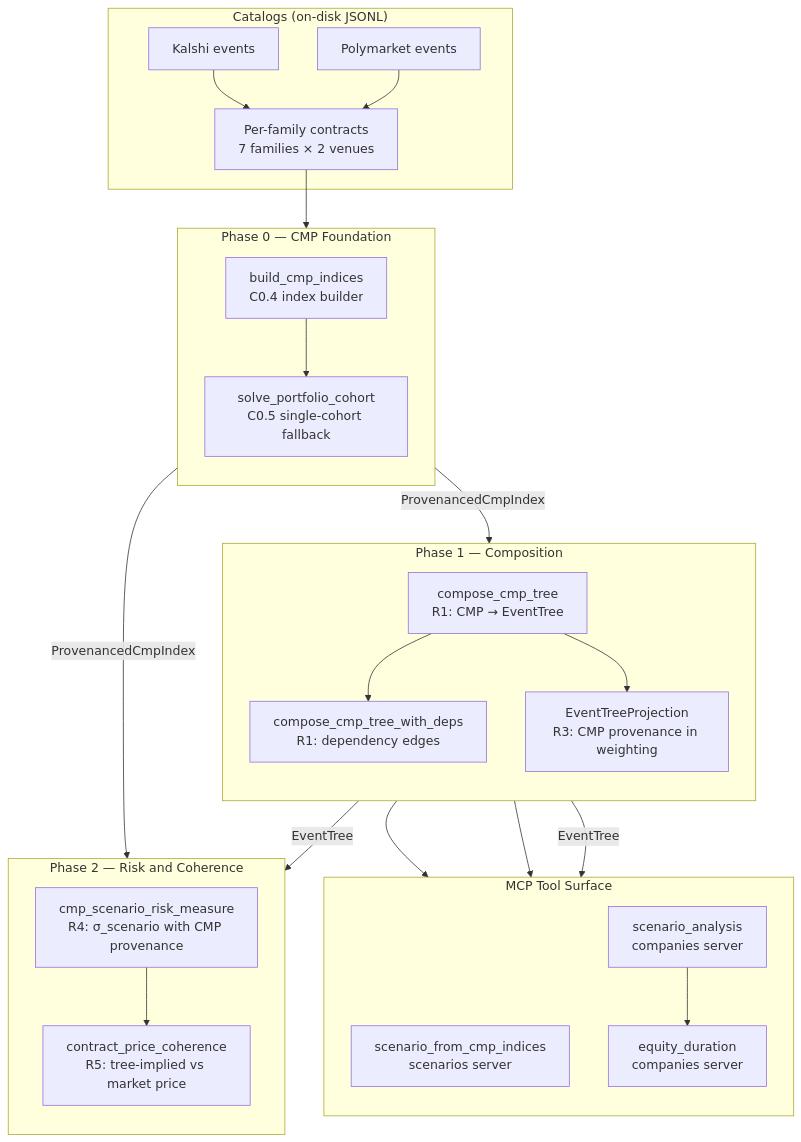
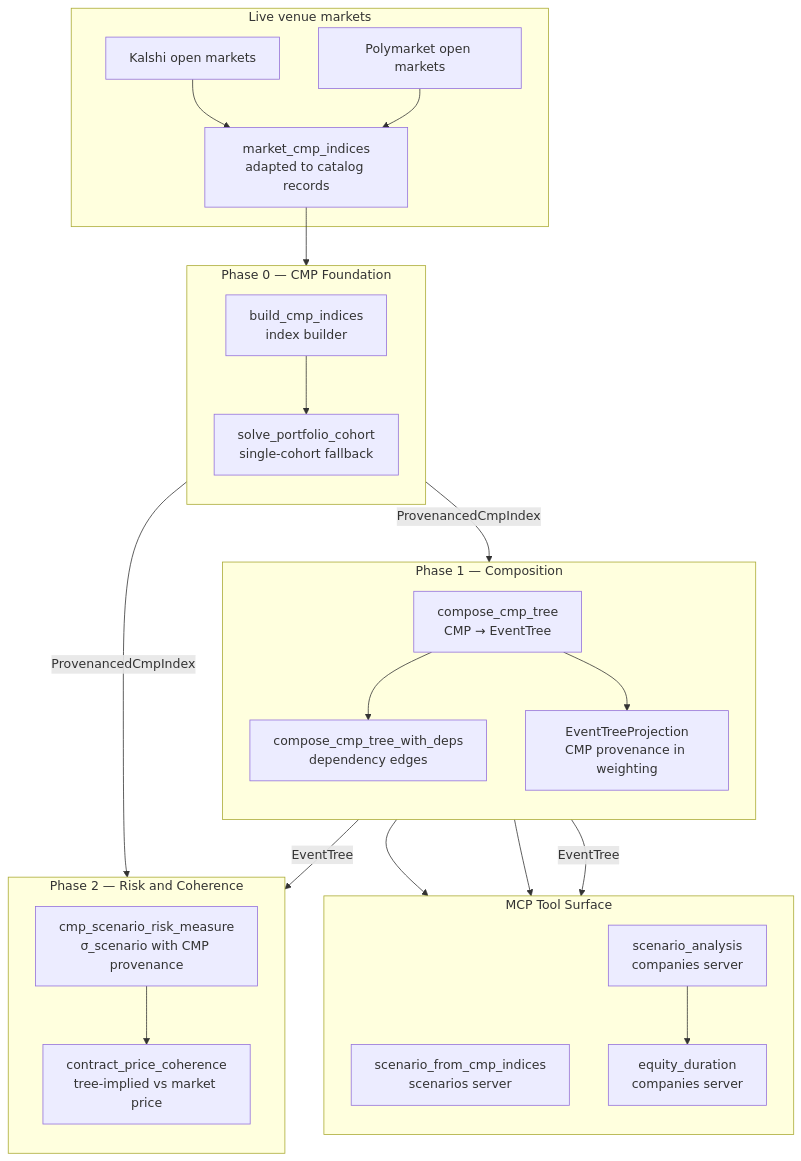
One commit to mdz-axo/zed-kask changed the first of 13 diagrams in kask/docs/diagrams/architecture.md. Above: the diagram before and after it, drawn with Mermaid. The commit also changed other lines of this file and 21 other files, not shown here.

First line of the commit message:
Remove prediction-market catalog binaries and their orphans

````diff
--- a/kask/docs/diagrams/architecture.md
+++ b/kask/docs/diagrams/architecture.md
@@ -37,49 +37,49 @@
 ```mermaid
 graph TD
-    subgraph catalogs["Catalogs (on-disk JSONL)"]
-        kalshi["Kalshi events"]
-        gamma["Polymarket events"]
-        contracts["Per-family contracts<br/>7 families × 2 venues"]
+    subgraph venues["Live venue markets"]
+        kalshi["Kalshi open markets"]
+        gamma["Polymarket open markets"]
+        contracts["market_cmp_indices<br/>adapted to catalog records"]
     end
 
     subgraph phase0["Phase 0 — CMP Foundation"]
         direction TB
-        build["build_cmp_indices<br/>C0.4 index builder"]
-        cohort["solve_portfolio_cohort<br/>C0.5 single-cohort fallback"]
+        build["build_cmp_indices<br/>index builder"]
+        cohort["solve_portfolio_cohort<br/>single-cohort fallback"]
         build --> cohort
     end
 
     subgraph phase1["Phase 1 — Composition"]
         direction TB
-        compose["compose_cmp_tree<br/>R1: CMP → EventTree"]
-        deps["compose_cmp_tree_with_deps<br/>R1: dependency edges"]
-        tree_weight["EventTreeProjection<br/>R3: CMP provenance in weighting"]
+        compose["compose_cmp_tree<br/>CMP → EventTree"]
+        deps["compose_cmp_tree_with_deps<br/>dependency edges"]
+        tree_weight["EventTreeProjection<br/>CMP provenance in weighting"]
         compose --> deps
         compose --> tree_weight
     end
 
     subgraph phase2["Phase 2 — Risk and Coherence"]
         direction TB
-        risk["cmp_scenario_risk_measure<br/>R4: σ_scenario with CMP provenance"]
-        coherence["contract_price_coherence<br/>R5: tree-implied vs market price"]
+        risk["cmp_scenario_risk_measure<br/>σ_scenario with CMP provenance"]
+        coherence["contract_price_coherence<br/>tree-implied vs market price"]
         risk --> coherence
     end
 
     subgraph mcp_tools["MCP Tool Surface"]
         direction TB
         tool_cmp["scenario_from_cmp_indices<br/>scenarios server"]
         tool_analysis["scenario_analysis<br/>companies server"]
         tool_duration["equity_duration<br/>companies server"]
     end
 
     kalshi --> contracts
     gamma --> contracts
     contracts --> build
     phase0 -->|"ProvenancedCmpIndex"| phase1
     phase0 -->|"ProvenancedCmpIndex"| phase2
     phase1 -->|"EventTree"| phase2
     phase1 -->|"EventTree"| tool_analysis
     compose --> tool_cmp
     tree_weight --> tool_analysis
     tool_analysis --> tool_duration
 ```
````
